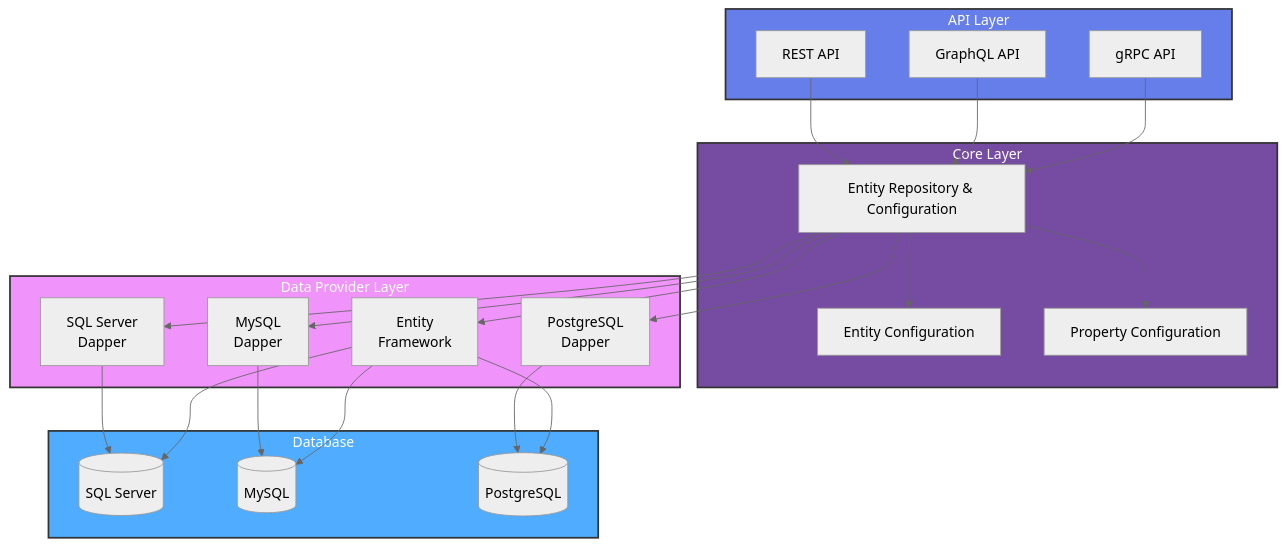
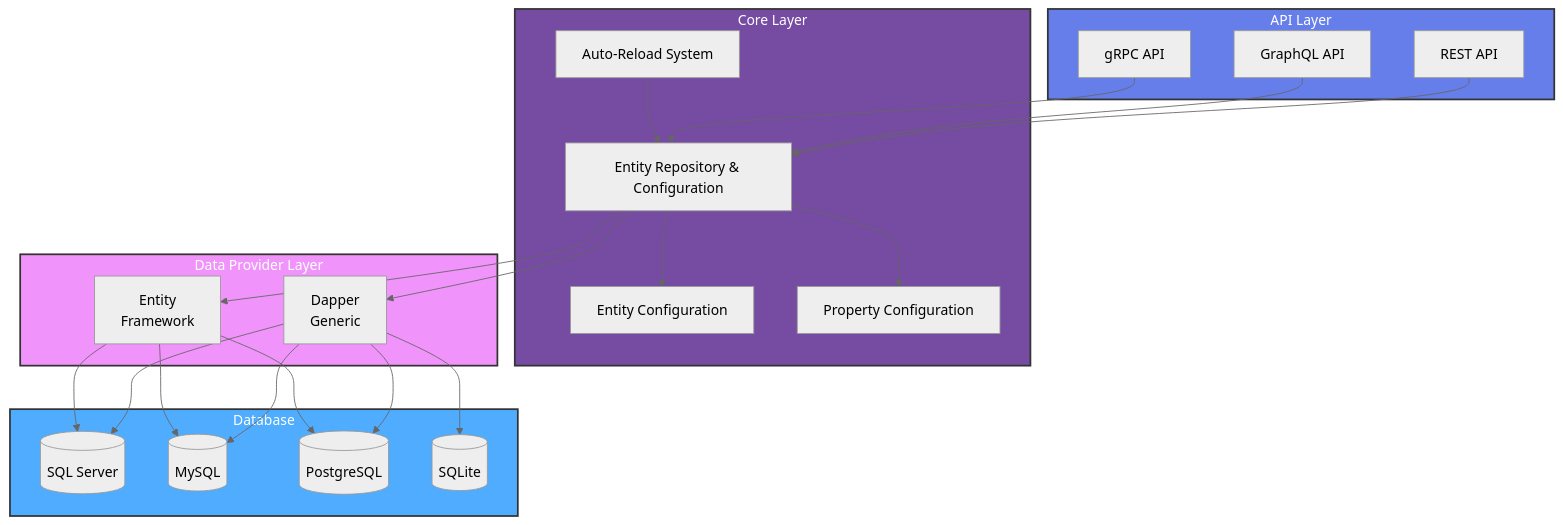
Before and after one commit to schivei/ddap: the diagram in docs/architecture.md, drawn with Mermaid (neutral theme). The commit also changed other lines of this file and 4 other files, not shown here.

Commit message:
Update documentation to reflect new DDAP architecture

````diff
--- a/docs/architecture.md
+++ b/docs/architecture.md
@@ -9,51 +9,51 @@
 ```mermaid
 graph TB
     subgraph API["API Layer"]
         REST[REST API]
         GraphQL[GraphQL API]
         gRPC[gRPC API]
     end
     
     subgraph Core["Core Layer"]
         Repository[Entity Repository & Configuration]
         EntityConfig[Entity Configuration]
         PropertyConfig[Property Configuration]
+        AutoReload[Auto-Reload System]
     end
     
     subgraph DataProvider["Data Provider Layer"]
-        SqlServerDapper[SQL Server<br/>Dapper]
-        MySQLDapper[MySQL<br/>Dapper]
-        PostgreSQLDapper[PostgreSQL<br/>Dapper]
+        Dapper[Dapper<br/>Generic]
         EF[Entity<br/>Framework]
     end
     
     subgraph Database["Database"]
         MSSQL[(SQL Server)]
         MySQL[(MySQL)]
         PostgreSQL[(PostgreSQL)]
+        SQLite[(SQLite)]
     end
     
     REST --> Repository
     GraphQL --> Repository
     gRPC --> Repository
     
     Repository --> EntityConfig
     Repository --> PropertyConfig
+    AutoReload --> Repository
     
-    Repository --> SqlServerDapper
-    Repository --> MySQLDapper
-    Repository --> PostgreSQLDapper
+    Repository --> Dapper
     Repository --> EF
     
-    SqlServerDapper --> MSSQL
-    MySQLDapper --> MySQL
-    PostgreSQLDapper --> PostgreSQL
+    Dapper --> MSSQL
+    Dapper --> MySQL
+    Dapper --> PostgreSQL
+    Dapper --> SQLite
     EF --> MSSQL
     EF --> MySQL
     EF --> PostgreSQL
     
     style API fill:#667eea,stroke:#333,stroke-width:2px,color:#fff
     style Core fill:#764ba2,stroke:#333,stroke-width:2px,color:#fff
     style DataProvider fill:#f093fb,stroke:#333,stroke-width:2px,color:#fff
     style Database fill:#4facfe,stroke:#333,stroke-width:2px,color:#fff
 ```
````
